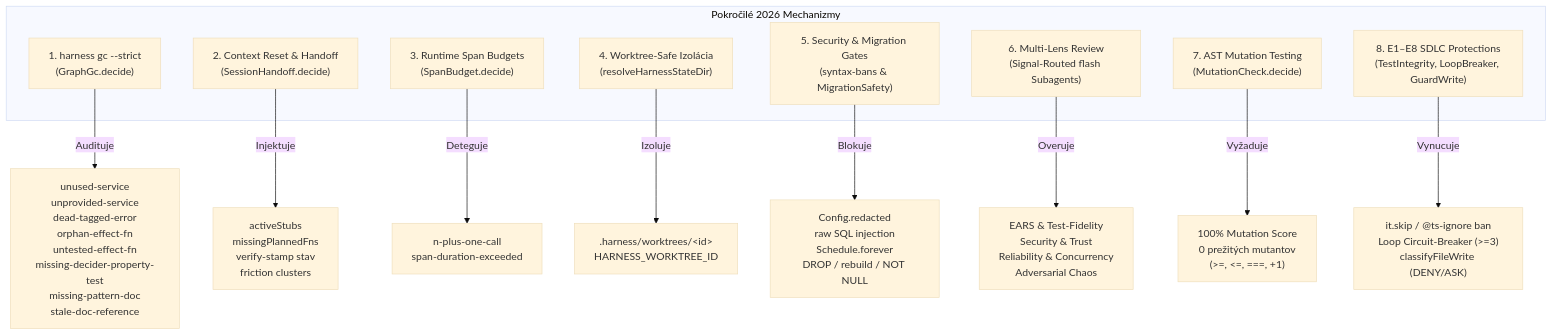
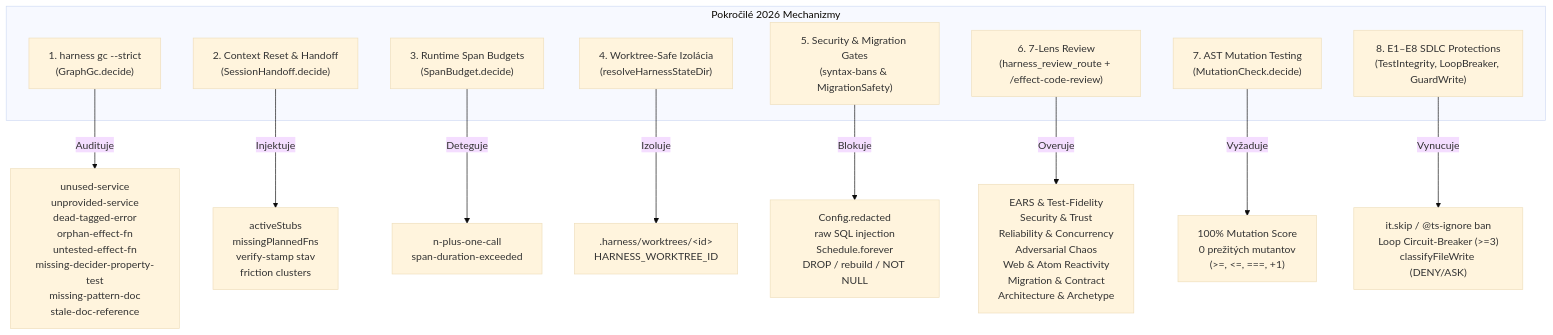
One commit to selmeci/effect-ts-harness changed the fifth of 5 diagrams in docs/architecture-and-workflow.md. Above: the diagram before and after it, drawn with Mermaid (base theme). The commit also changed other lines of this file and 84 other files, not shown here.

First line of the commit message:
feat(harness): add monotonic review router, 3 specialist reviewers, and effect-code-review skill (harness:SPEC-0013) (#33)

````diff
--- a/docs/architecture-and-workflow.md
+++ b/docs/architecture-and-workflow.md
@@ -726,22 +780,22 @@
 ```mermaid
 graph TD
     subgraph "Pokročilé 2026 Mechanizmy"
         GC["1. harness gc --strict<br/>(GraphGc.decide)"]
         HANDOFF["2. Context Reset & Handoff<br/>(SessionHandoff.decide)"]
         BUDGET["3. Runtime Span Budgets<br/>(SpanBudget.decide)"]
         WORKTREE["4. Worktree-Safe Izolácia<br/>(resolveHarnessStateDir)"]
         GATES["5. Security & Migration Gates<br/>(syntax-bans & MigrationSafety)"]
-        LENSES["6. Multi-Lens Review<br/>(Signal-Routed flash Subagents)"]
+        LENSES["6. 7-Lens Review<br/>(harness_review_route + /effect-code-review)"]
         MUTATE["7. AST Mutation Testing<br/>(MutationCheck.decide)"]
         SDLC["8. E1–E8 SDLC Protections<br/>(TestIntegrity, LoopBreaker, GuardWrite)"]
     end
 
     GC -->|Audituje| G_ENTROPY["unused-service<br/>unprovided-service<br/>dead-tagged-error<br/>orphan-effect-fn<br/>untested-effect-fn<br/>missing-decider-property-test<br/>missing-pattern-doc<br/>stale-doc-reference"]
     HANDOFF -->|Injektuje| HO_DATA["activeStubs<br/>missingPlannedFns<br/>verify-stamp stav<br/>friction clusters"]
     BUDGET -->|Deteguje| B_VIOLATION["n-plus-one-call<br/>span-duration-exceeded"]
     WORKTREE -->|Izoluje| WT_DIR[".harness/worktrees/&lt;id&gt;<br/>HARNESS_WORKTREE_ID"]
     GATES -->|Blokuje| G_SAFETY["Config.redacted<br/>raw SQL injection<br/>Schedule.forever<br/>DROP / rebuild / NOT NULL"]
-    LENSES -->|Overuje| L_SPECIALISTS["EARS & Test-Fidelity<br/>Security & Trust<br/>Reliability & Concurrency<br/>Adversarial Chaos"]
+    LENSES -->|Overuje| L_SPECIALISTS["EARS & Test-Fidelity<br/>Security & Trust<br/>Reliability & Concurrency<br/>Adversarial Chaos<br/>Web & Atom Reactivity<br/>Migration & Contract<br/>Architecture & Archetype"]
     MUTATE -->|Vyžaduje| M_SCORE["100% Mutation Score<br/>0 prežitých mutantov<br/>(>=, <=, ===, +1)"]
     SDLC -->|Vynucuje| S_RULES["it.skip / @ts-ignore ban<br/>Loop Circuit-Breaker (>=3)<br/>classifyFileWrite (DENY/ASK)"]
 ```
````
